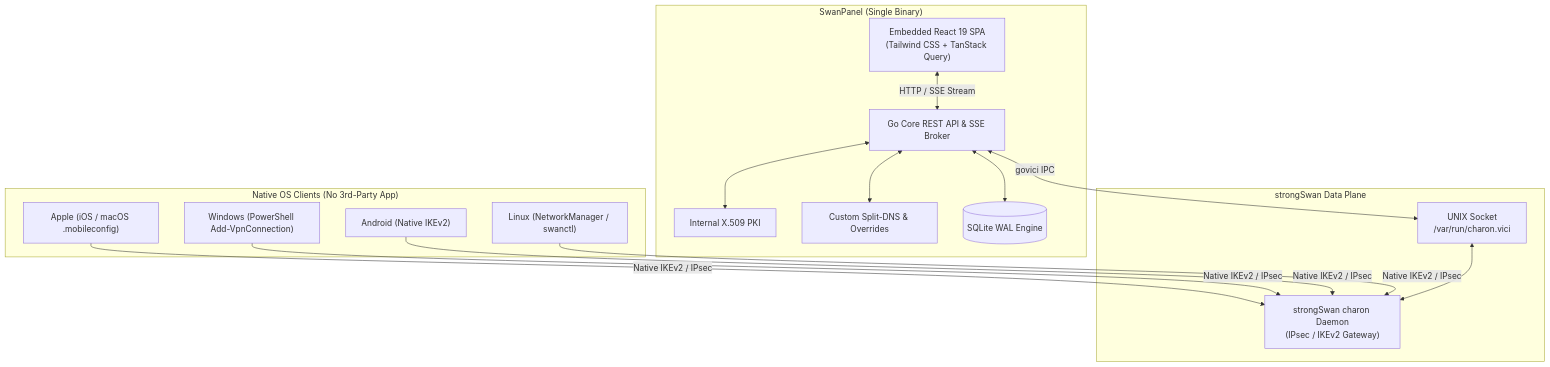
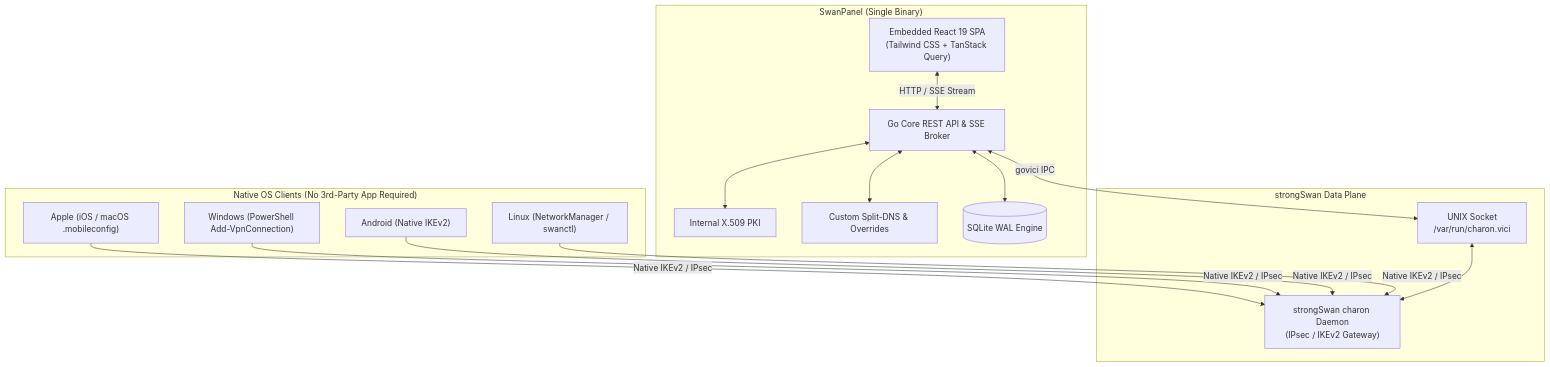
One commit to thienvu18/swan-panel changed the diagram in README.md. Above: the diagram before and after it, drawn with Mermaid. The commit also changed other lines of this file and 20 other files, not shown here.

````diff
--- a/README.md
+++ b/README.md
@@ -96,34 +116,34 @@
 ```mermaid
 flowchart TD
-    subgraph Clients["Native OS Clients (No 3rd-Party App)"]
+    subgraph Clients["Native OS Clients (No 3rd-Party App Required)"]
         Apple["Apple (iOS / macOS .mobileconfig)"]
         Win["Windows (PowerShell Add-VpnConnection)"]
         Android["Android (Native IKEv2)"]
         Linux["Linux (NetworkManager / swanctl)"]
     end
 
     subgraph Core["SwanPanel (Single Binary)"]
         UI["Embedded React 19 SPA\n(Tailwind CSS + TanStack Query)"]
         API["Go Core REST API & SSE Broker"]
         PKI["Internal X.509 PKI"]
         DNS["Custom Split-DNS & Overrides"]
         DB[("SQLite WAL Engine")]
     end
 
     subgraph DataPlane["strongSwan Data Plane"]
         Socket["UNIX Socket\n/var/run/charon.vici"]
         Daemon["strongSwan charon Daemon\n(IPsec / IKEv2 Gateway)"]
     end
 
     Apple -->|Native IKEv2 / IPsec| Daemon
     Win -->|Native IKEv2 / IPsec| Daemon
     Android -->|Native IKEv2 / IPsec| Daemon
     Linux -->|Native IKEv2 / IPsec| Daemon
 
     UI <-->|HTTP / SSE Stream| API
     API <--> DB
     API <--> PKI
     API <--> DNS
     API <-->|govici IPC| Socket
     Socket <--> Daemon
 ```
````
